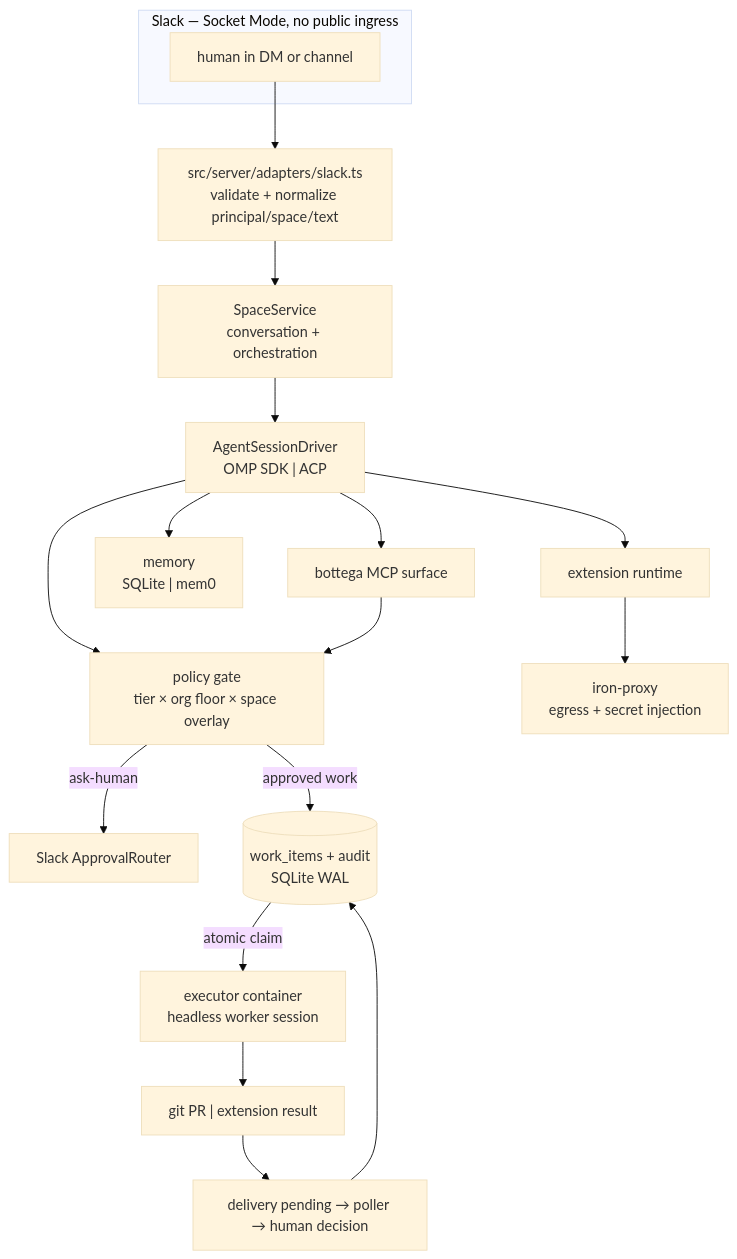
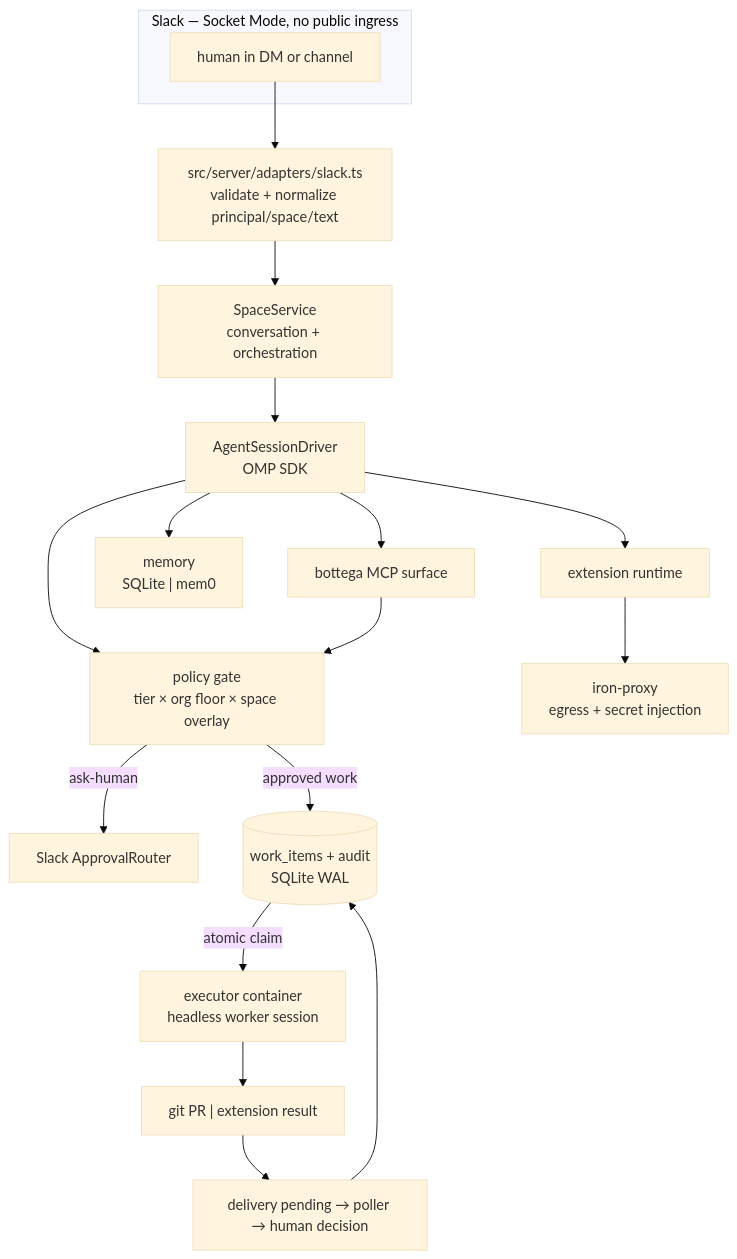
Before and after one commit to serrrfirat/bottega: the first of 15 diagrams in architecture.md, drawn with Mermaid (base theme). The commit also changed other lines of this file and 27 other files, not shown here.

Commit message:
refactor(drivers): removed the ACP space-agent driver (closes #236)

````diff
--- a/architecture.md
+++ b/architecture.md
@@ -24,21 +24,21 @@
 ```mermaid
 flowchart TB
     subgraph Slack["Slack — Socket Mode, no public ingress"]
         H["human in DM or channel"]
     end
     H --> AD["src/server/adapters/slack.ts<br/>validate + normalize principal/space/text"]
     AD --> SS["SpaceService<br/>conversation + orchestration"]
-    SS --> DRV["AgentSessionDriver<br/>OMP SDK | ACP"]
+    SS --> DRV["AgentSessionDriver<br/>OMP SDK"]
     DRV --> GATE["policy gate<br/>tier × org floor × space overlay"]
     GATE -- "ask-human" --> AR["Slack ApprovalRouter"]
     GATE -- "approved work" --> WI[("work_items + audit<br/>SQLite WAL")]
     WI -- "atomic claim" --> EX["executor container<br/>headless worker session"]
     EX --> OUT["git PR | extension result"]
     OUT --> DP["delivery pending → poller → human decision"]
     DP --> WI
     DRV --> EXT["extension runtime"]
     EXT --> PXY["iron-proxy<br/>egress + secret injection"]
     DRV --> MEM["memory<br/>SQLite | mem0"]
     DRV --> MCP["bottega MCP surface"]
     MCP --> GATE
 ```
````
